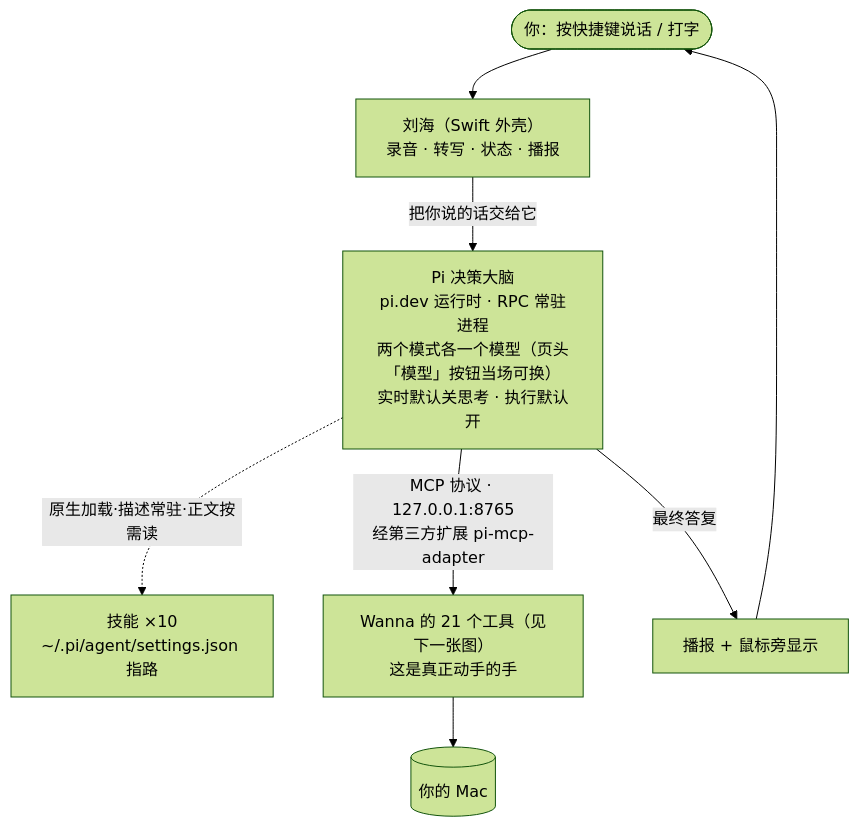
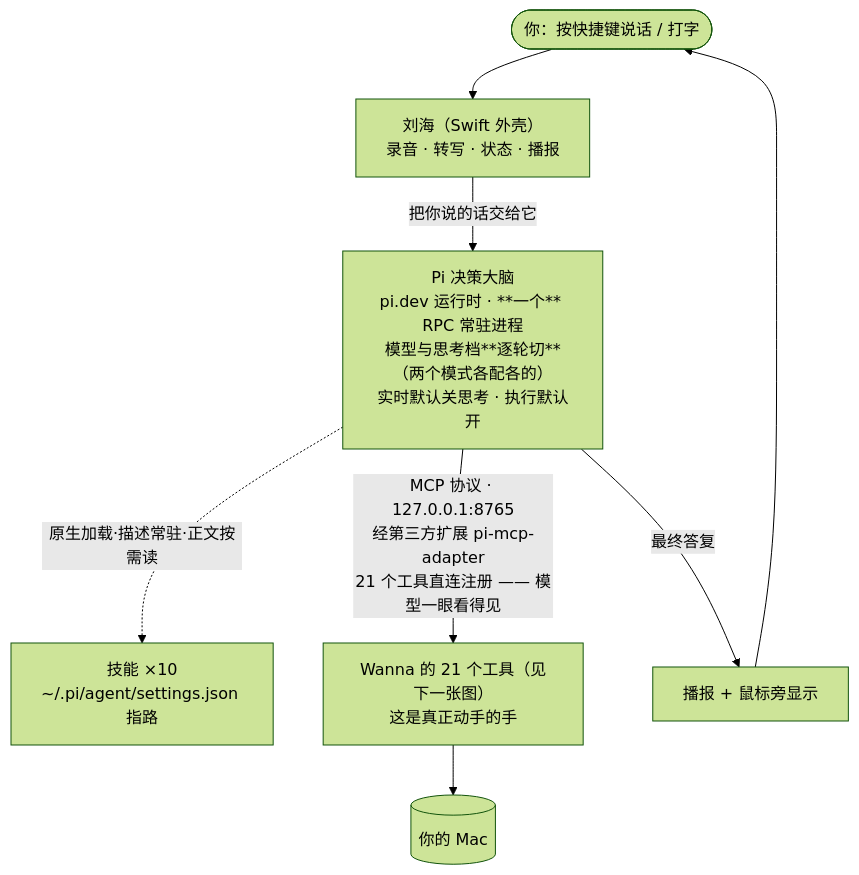
The first of 2 diagrams in 全局框架/00-项目全貌.md (nash-aigc/wanna), drawn with Mermaid (forest theme) before and after one commit. The commit also changed other lines of this file and 28 other files, not shown here.

First line of the commit message:
一个 Pi 进程（模型/思考档逐轮切）+ 图文模式接上记忆 + 选项面板合并

````diff
--- a/全局框架/00-项目全貌.md
+++ b/全局框架/00-项目全貌.md
@@ -13,12 +13,12 @@
 ```mermaid
 flowchart TB
     U([你：按快捷键说话 / 打字]) --> N["刘海（Swift 外壳）<br/>录音 · 转写 · 状态 · 播报"]
-    N -->|把你说的话交给它| P["Pi 决策大脑<br/>pi.dev 运行时 · RPC 常驻进程<br/>两个模式各一个模型（页头「模型」按钮当场可换）<br/>实时默认关思考 · 执行默认开"]
+    N -->|把你说的话交给它| P["Pi 决策大脑<br/>pi.dev 运行时 · **一个** RPC 常驻进程<br/>模型与思考档**逐轮切**（两个模式各配各的）<br/>实时默认关思考 · 执行默认开"]
 
     P -.->|原生加载·描述常驻·正文按需读| C1["技能 ×10<br/>~/.pi/agent/settings.json 指路"]
 
-    P -->|MCP 协议 · 127.0.0.1:8765<br/>经第三方扩展 pi-mcp-adapter| H["Wanna 的 21 个工具（见下一张图）<br/>这是真正动手的手"]
+    P -->|MCP 协议 · 127.0.0.1:8765<br/>经第三方扩展 pi-mcp-adapter<br/>21 个工具直连注册 —— 模型一眼看得见| H["Wanna 的 21 个工具（见下一张图）<br/>这是真正动手的手"]
     H --> MAC[(你的 Mac)]
     P -->|最终答复| R["播报 + 鼠标旁显示"]
     R --> U
 ```
````
